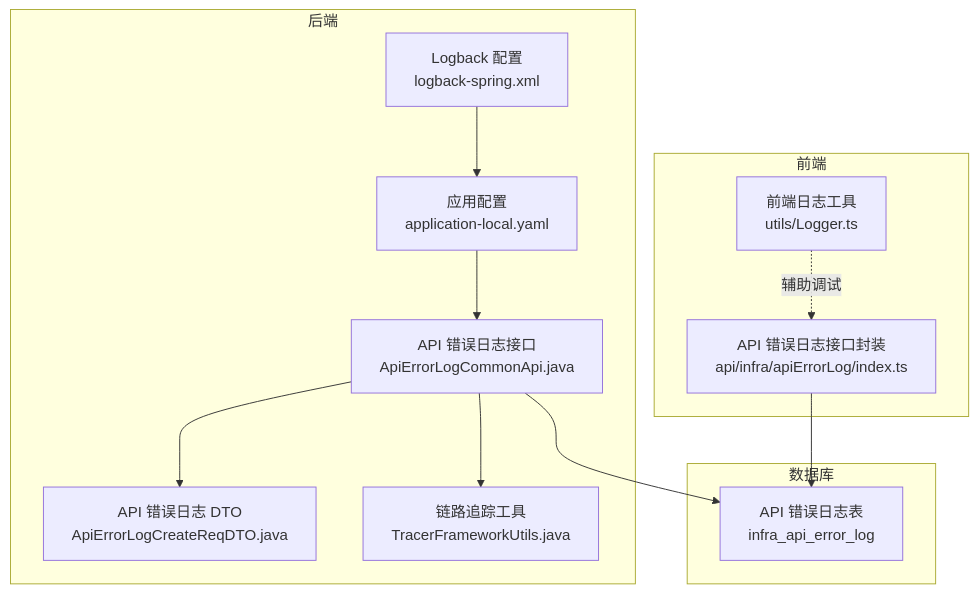
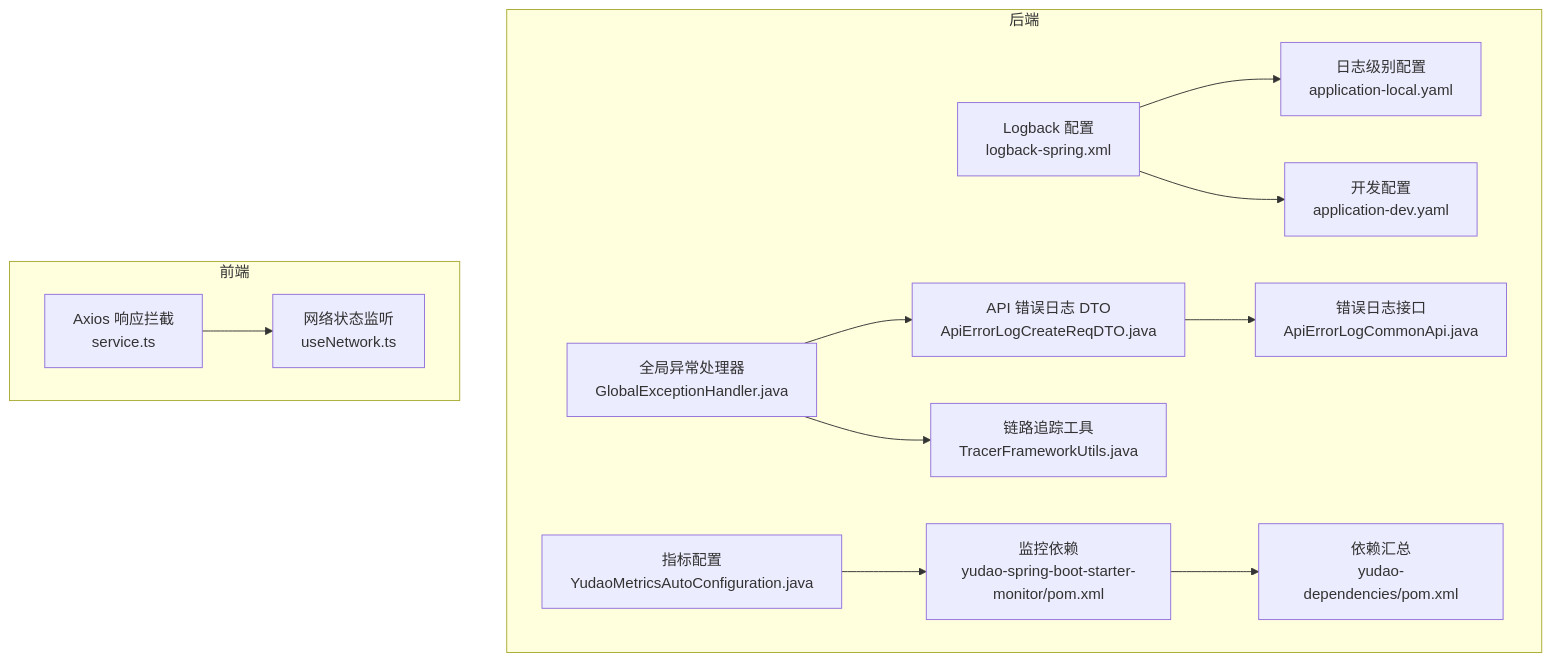
Before and after one commit to xiaoche80s-tech/rouyi-vue-pro: the first of 6 diagrams in .qoder/repowiki/zh/content/故障排查/日志分析.md, drawn with Mermaid. The commit also changed other lines of this file and 840 other files, not shown here.

````diff
--- a/.qoder/repowiki/zh/content/故障排查/日志分析.md
+++ b/.qoder/repowiki/zh/content/故障排查/日志分析.md
@@ -39,24 +40,27 @@
 ```mermaid
 graph TB
 subgraph "后端"
 LB["Logback 配置<br/>logback-spring.xml"]
-APP["应用配置<br/>application-local.yaml"]
-ERR_API["API 错误日志接口<br/>ApiErrorLogCommonApi.java"]
+CFG_LOCAL["日志级别配置<br/>application-local.yaml"]
+CFG_DEV["开发配置<br/>application-dev.yaml"]
+GEX["全局异常处理器<br/>GlobalExceptionHandler.java"]
 DTO["API 错误日志 DTO<br/>ApiErrorLogCreateReqDTO.java"]
+API["错误日志接口<br/>ApiErrorLogCommonApi.java"]
 TRACE["链路追踪工具<br/>TracerFrameworkUtils.java"]
-end
-subgraph "数据库"
-TBL["API 错误日志表<br/>infra_api_error_log"]
+METRIC["指标配置<br/>YudaoMetricsAutoConfiguration.java"]
+DEPS_M["监控依赖<br/>yudao-spring-boot-starter-monitor/pom.xml"]
+DEPS_D["依赖汇总<br/>yudao-dependencies/pom.xml"]
 end
 subgraph "前端"
-FE_API["API 错误日志接口封装<br/>api/infra/apiErrorLog/index.ts"]
-UTIL_LOGGER["前端日志工具<br/>utils/Logger.ts"]
+AX["Axios 响应拦截<br/>service.ts"]
+NET["网络状态监听<br/>useNetwork.ts"]
 end
-LB --> APP
-APP --> ERR_API
-ERR_API --> DTO
-ERR_API --> TRACE
-ERR_API --> TBL
-FE_API --> TBL
-UTIL_LOGGER -. 辅助调试 .-> FE_API
+LB --> CFG_LOCAL
+LB --> CFG_DEV
+GEX --> DTO
+DTO --> API
+GEX --> TRACE
+METRIC --> DEPS_M
+DEPS_M --> DEPS_D
+AX --> NET
 ```
````
